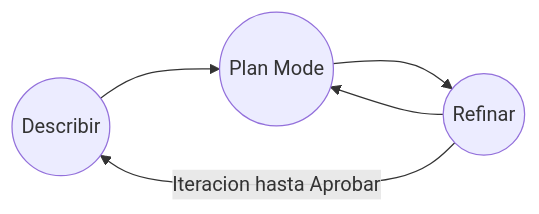
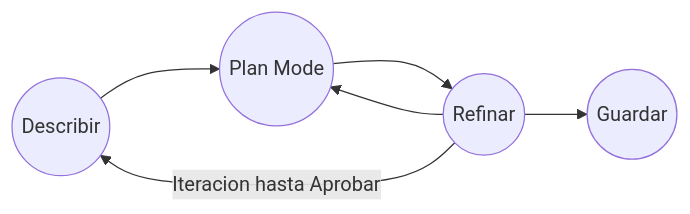
One commit to sramire3000/documentacion changed the diagram in OpenCode/SpecDrivenDevelopment.md. Above: the diagram before and after it, drawn with Mermaid.

Commit message:
Add saving step to Spec Driven Development process
Add a step to save after refining the problem.

````diff
--- a/OpenCode/SpecDrivenDevelopment.md
+++ b/OpenCode/SpecDrivenDevelopment.md
@@ -4,7 +4,8 @@
 ```mermaid
 graph LR
 A((Describir)) --> B((Plan Mode))
 B --> C((Refinar))
 C -- Iteracion hasta Aprobar--> A
 C --> B
+C --> D((Guardar))
 ```
````
